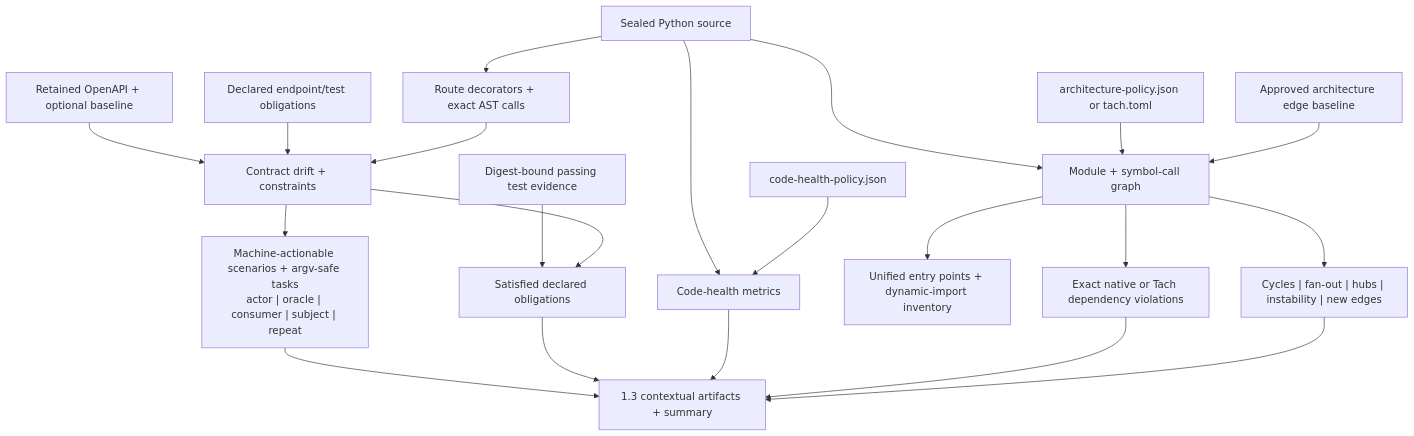
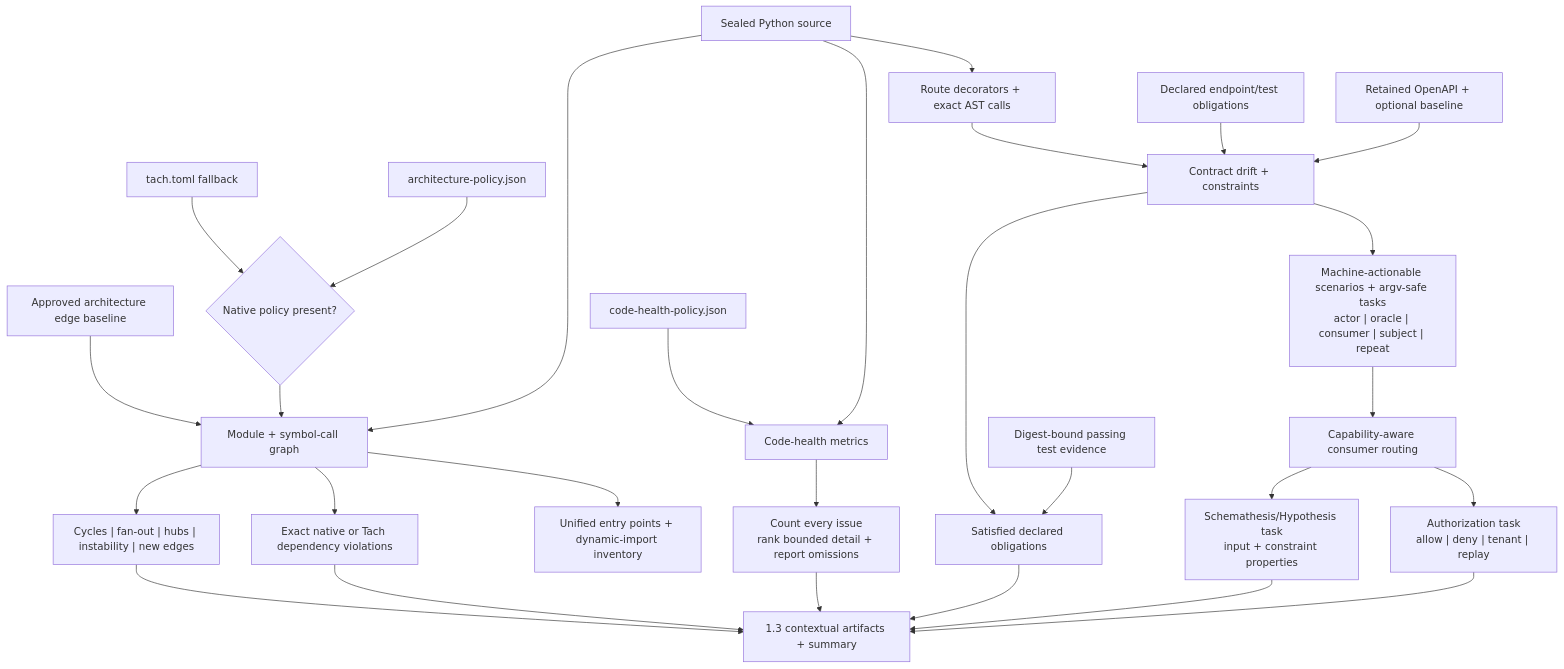
One commit to willtran87/project-py-security-suite changed the second of 3 diagrams in docs/analysis-accuracy.md. Above: the diagram before and after it, drawn with Mermaid. The commit also changed other lines of this file and 6 other files, not shown here.

Commit message:
docs: refresh analysis flows and diagrams

````diff
--- a/docs/analysis-accuracy.md
+++ b/docs/analysis-accuracy.md
@@ -44,25 +44,32 @@
 ```mermaid
 flowchart TB
     Source["Sealed Python source"] --> Routes["Route decorators + exact AST calls"]
     OpenAPI["Retained OpenAPI + optional baseline"] --> Contracts["Contract drift + constraints"]
     Declared["Declared endpoint/test obligations"] --> Contracts
     Routes --> Contracts
     Contracts --> Scenarios["Machine-actionable scenarios + argv-safe tasks<br/>actor | oracle | consumer | subject | repeat"]
     TestEvidence["Digest-bound passing test evidence"] --> Obligations["Satisfied declared obligations"]
     Contracts --> Obligations
 
     Source --> Health["Code-health metrics"]
     HealthPolicy["code-health-policy.json"] --> Health
+    Health --> HealthRank["Count every issue<br/>rank bounded detail + report omissions"]
     Source --> Imports["Module + symbol-call graph"]
-    ArchitecturePolicy["architecture-policy.json or tach.toml"] --> Imports
+    NativePolicy["architecture-policy.json"] --> PolicyChoice{"Native policy present?"}
+    TachPolicy["tach.toml fallback"] --> PolicyChoice
+    PolicyChoice --> Imports
     Baseline["Approved architecture edge baseline"] --> Imports
     Imports --> RuntimeShape["Unified entry points + dynamic-import inventory"]
     Imports --> PolicyFindings["Exact native or Tach dependency violations"]
     Imports --> Heuristics["Cycles | fan-out | hubs | instability | new edges"]
 
-    Scenarios --> Report["1.3 contextual artifacts + summary"]
+    Scenarios --> Router["Capability-aware consumer routing"]
+    Router --> AuthTask["Authorization task<br/>allow | deny | tenant | replay"]
+    Router --> PropertyTask["Schemathesis/Hypothesis task<br/>input + constraint properties"]
+    AuthTask --> Report["1.3 contextual artifacts + summary"]
+    PropertyTask --> Report
     Obligations --> Report
-    Health --> Report
+    HealthRank --> Report
     PolicyFindings --> Report
     Heuristics --> Report
 ```
````
